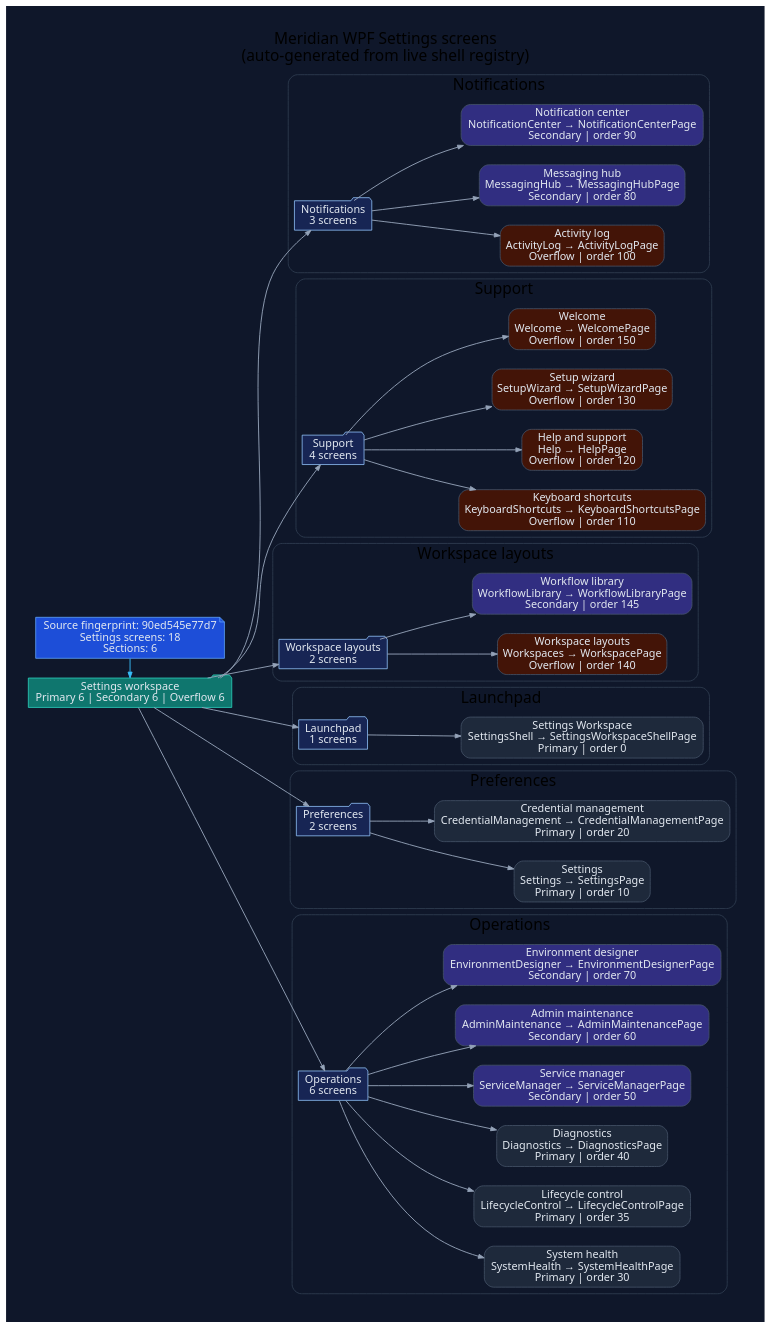
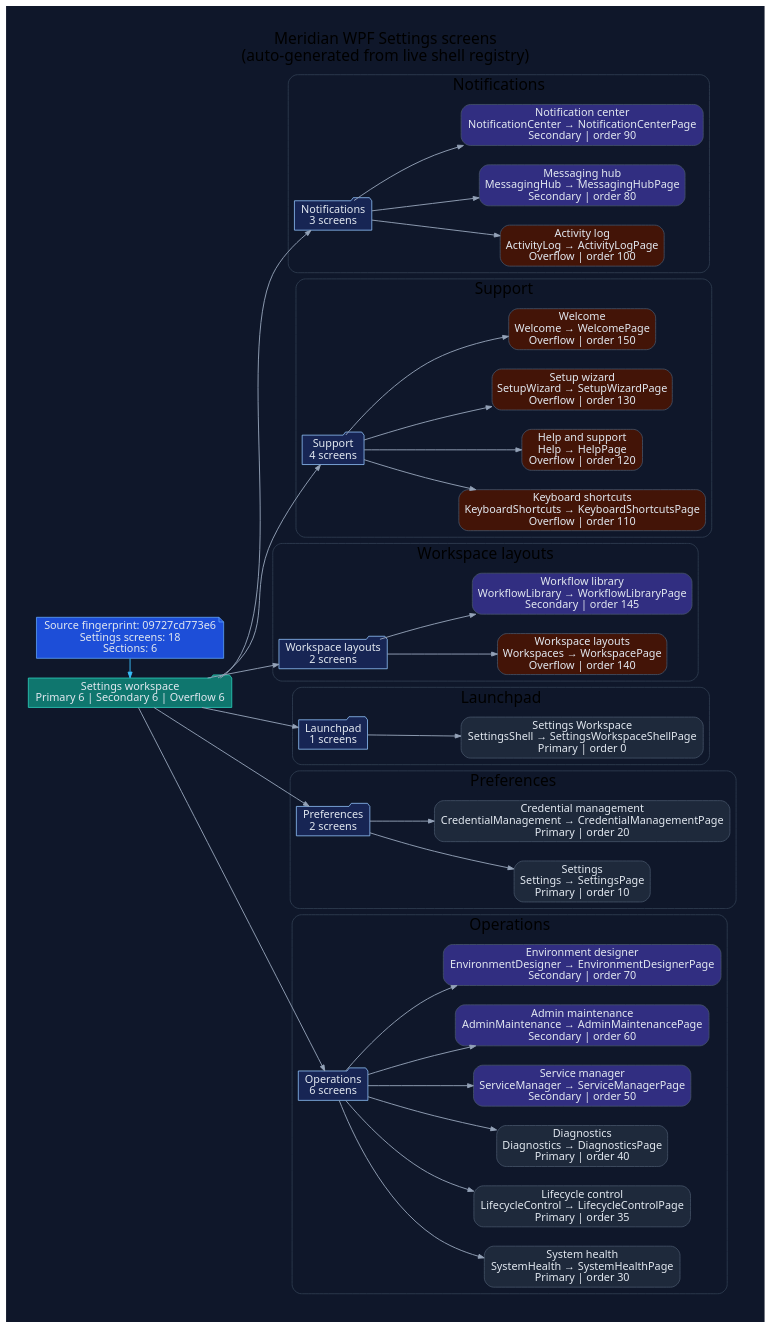
One commit to rodoHasArrived/Meridian-main changed the diagram in docs/diagrams/ui-wpf-screens-settings.dot. Above: the diagram before and after it, drawn with Graphviz. The commit also changed 120 other files, not shown here.

```diff
--- a/docs/diagrams/ui-wpf-screens-settings.dot
+++ b/docs/diagrams/ui-wpf-screens-settings.dot
@@ -1,110 +1,110 @@
 // -----------------------------------------------------------------------------
 // <auto-generated>
 // Generated by scripts/generate-diagrams.mjs.
 // Do not edit this file directly; update the WPF source files instead.
 // -----------------------------------------------------------------------------
 digraph WpfSettingsScreens {
   graph [
     rankdir=LR,
     labelloc=t,
     label="Meridian WPF Settings screens\n(auto-generated from live shell registry)",
     fontname="Segoe UI",
     fontsize=20,
     pad=0.4,
     nodesep=0.35,
     ranksep=0.85,
     bgcolor="#0f172a"
   ];
   node [fontname="Segoe UI", shape=box, style="rounded,filled", color="#475569", fontcolor="#e2e8f0", fillcolor="#1e293b"];
   edge [fontname="Segoe UI", color="#94a3b8", penwidth=1.2, arrowsize=0.75];
 
-  generated [shape=note, fillcolor="#1d4ed8", color="#60a5fa", label="Source fingerprint: 90ed545e77d7\nSettings screens: 18\nSections: 6"];
+  generated [shape=note, fillcolor="#1d4ed8", color="#60a5fa", label="Source fingerprint: 09727cd773e6\nSettings screens: 18\nSections: 6"];
   workspace [shape=folder, fillcolor="#0f766e", color="#2dd4bf", label="Settings workspace\nPrimary 6 | Secondary 6 | Overflow 6"];
   generated -> workspace [color="#38bdf8"];
 
   subgraph cluster_section_1 {
     label="Notifications";
     color="#334155";
     style="rounded";
     section_1 [shape=folder, fillcolor="#172554", color="#93c5fd", label="Notifications\n3 screens"];
     workspace -> section_1;
     screen_ActivityLog [fillcolor="#431407", label="Activity log\nActivityLog → ActivityLogPage\nOverflow | order 100"];
     section_1 -> screen_ActivityLog;
     screen_MessagingHub [fillcolor="#312e81", label="Messaging hub\nMessagingHub → MessagingHubPage\nSecondary | order 80"];
     section_1 -> screen_MessagingHub;
     screen_NotificationCenter [fillcolor="#312e81", label="Notification center\nNotificationCenter → NotificationCenterPage\nSecondary | order 90"];
     section_1 -> screen_NotificationCenter;
   }
 
   subgraph cluster_section_2 {
     label="Support";
     color="#334155";
     style="rounded";
     section_2 [shape=folder, fillcolor="#172554", color="#93c5fd", label="Support\n4 screens"];
     workspace -> section_2;
     screen_KeyboardShortcuts [fillcolor="#431407", label="Keyboard shortcuts\nKeyboardShortcuts → KeyboardShortcutsPage\nOverflow | order 110"];
     section_2 -> screen_KeyboardShortcuts;
     screen_Help [fillcolor="#431407", label="Help and support\nHelp → HelpPage\nOverflow | order 120"];
     section_2 -> screen_Help;
     screen_SetupWizard [fillcolor="#431407", label="Setup wizard\nSetupWizard → SetupWizardPage\nOverflow | order 130"];
     section_2 -> screen_SetupWizard;
     screen_Welcome [fillcolor="#431407", label="Welcome\nWelcome → WelcomePage\nOverflow | order 150"];
     section_2 -> screen_Welcome;
   }
 
   subgraph cluster_section_3 {
     label="Workspace layouts";
     color="#334155";
     style="rounded";
     section_3 [shape=folder, fillcolor="#172554", color="#93c5fd", label="Workspace layouts\n2 screens"];
     workspace -> section_3;
     screen_Workspaces [fillcolor="#431407", label="Workspace layouts\nWorkspaces → WorkspacePage\nOverflow | order 140"];
     section_3 -> screen_Workspaces;
     screen_WorkflowLibrary [fillcolor="#312e81", label="Workflow library\nWorkflowLibrary → WorkflowLibraryPage\nSecondary | order 145"];
     section_3 -> screen_WorkflowLibrary;
   }
 
   subgraph cluster_section_4 {
     label="Launchpad";
     color="#334155";
     style="rounded";
     section_4 [shape=folder, fillcolor="#172554", color="#93c5fd", label="Launchpad\n1 screens"];
     workspace -> section_4;
     screen_SettingsShell [fillcolor="#1e293b", label="Settings Workspace\nSettingsShell → SettingsWorkspaceShellPage\nPrimary | order 0"];
     section_4 -> screen_SettingsShell;
   }
 
   subgraph cluster_section_5 {
     label="Preferences";
     color="#334155";
     style="rounded";
     section_5 [shape=folder, fillcolor="#172554", color="#93c5fd", label="Preferences\n2 screens"];
     workspace -> section_5;
     screen_Settings [fillcolor="#1e293b", label="Settings\nSettings → SettingsPage\nPrimary | order 10"];
     section_5 -> screen_Settings;
     screen_CredentialManagement [fillcolor="#1e293b", label="Credential management\nCredentialManagement → CredentialManagementPage\nPrimary | order 20"];
     section_5 -> screen_CredentialManagement;
   }
 
   subgraph cluster_section_6 {
     label="Operations";
     color="#334155";
     style="rounded";
     section_6 [shape=folder, fillcolor="#172554", color="#93c5fd", label="Operations\n6 screens"];
     workspace -> section_6;
     screen_SystemHealth [fillcolor="#1e293b", label="System health\nSystemHealth → SystemHealthPage\nPrimary | order 30"];
     section_6 -> screen_SystemHealth;
     screen_LifecycleControl [fillcolor="#1e293b", label="Lifecycle control\nLifecycleControl → LifecycleControlPage\nPrimary | order 35"];
     section_6 -> screen_LifecycleControl;
     screen_Diagnostics [fillcolor="#1e293b", label="Diagnostics\nDiagnostics → DiagnosticsPage\nPrimary | order 40"];
     section_6 -> screen_Diagnostics;
     screen_ServiceManager [fillcolor="#312e81", label="Service manager\nServiceManager → ServiceManagerPage\nSecondary | order 50"];
     section_6 -> screen_ServiceManager;
     screen_AdminMaintenance [fillcolor="#312e81", label="Admin maintenance\nAdminMaintenance → AdminMaintenancePage\nSecondary | order 60"];
     section_6 -> screen_AdminMaintenance;
     screen_EnvironmentDesigner [fillcolor="#312e81", label="Environment designer\nEnvironmentDesigner → EnvironmentDesignerPage\nSecondary | order 70"];
     section_6 -> screen_EnvironmentDesigner;
   }
 
   { rank=min; generated; workspace; }
 }
```
